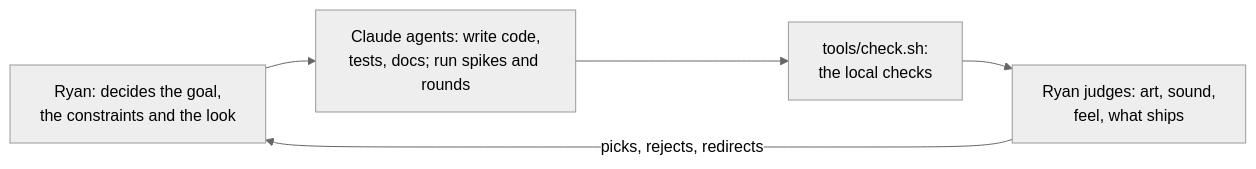
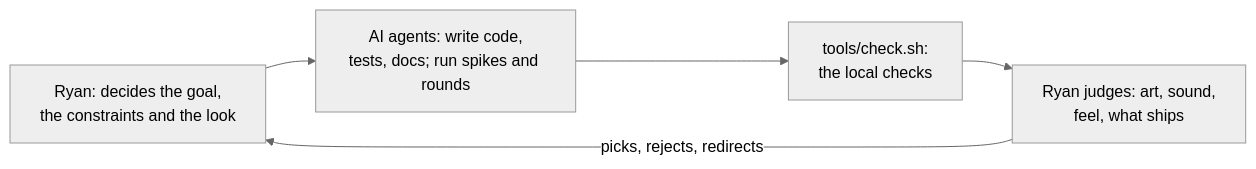
Before and after one commit to rywible/wrela: the diagram in docs/process.md, drawn with Mermaid (neutral theme). The commit also changed other lines of this file and 58 other files, not shown here.

````diff
--- a/docs/process.md
+++ b/docs/process.md
@@ -20,7 +20,7 @@
 ```mermaid
 flowchart LR
-    R[Ryan: decides the goal,<br/>the constraints and the look] --> A[Claude agents: write code,<br/>tests, docs; run spikes and rounds]
+    R[Ryan: decides the goal,<br/>the constraints and the look] --> A[AI agents: write code,<br/>tests, docs; run spikes and rounds]
     A --> C[tools/check.sh:<br/>the local checks]
     C --> J[Ryan judges: art, sound,<br/>feel, what ships]
     J -->|picks, rejects, redirects| R
 ```
````
